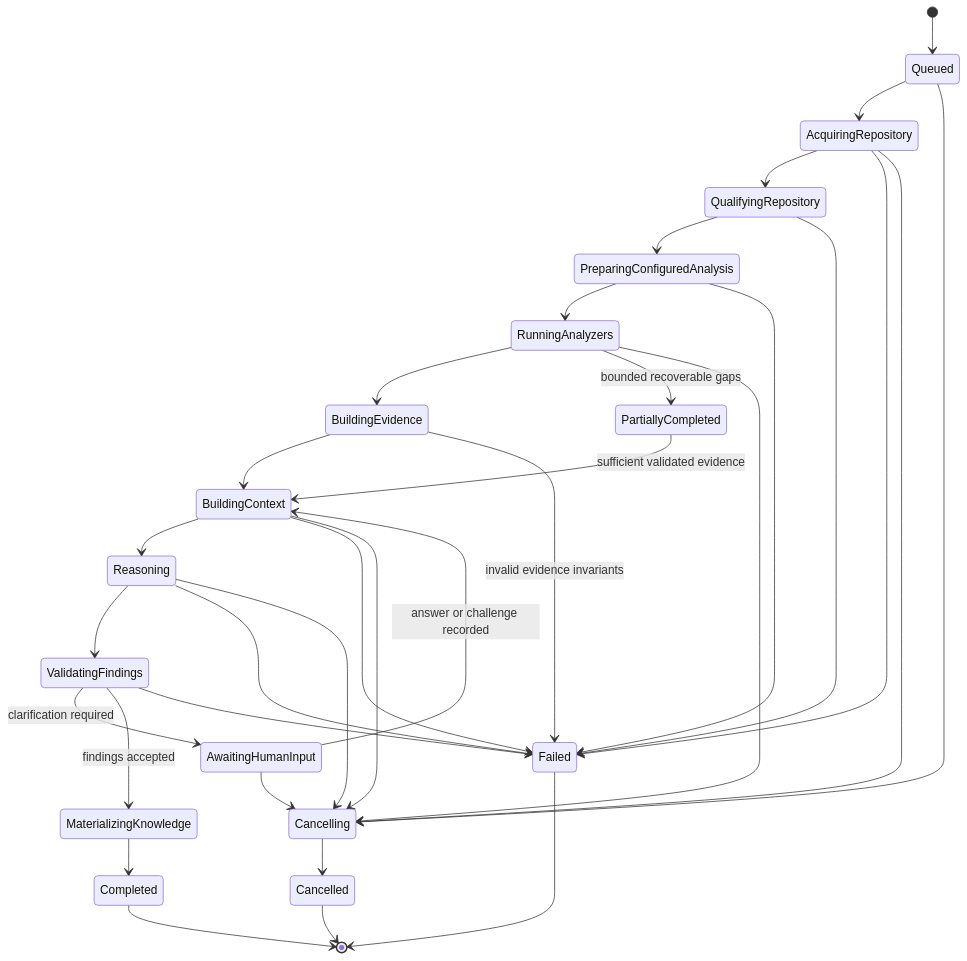
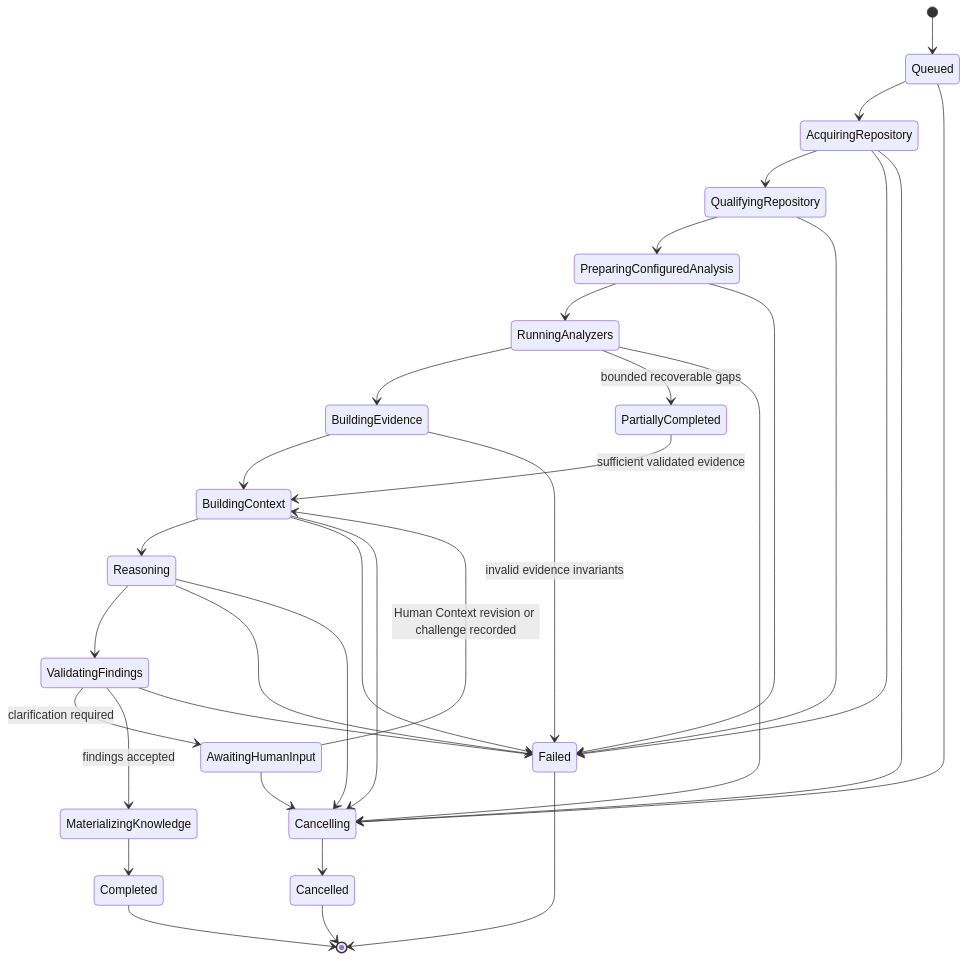
One commit to ksharik/domainLens changed the fourth of 5 diagrams in docs/architecture/04-analysis-pipeline.md. Above: the diagram before and after it, drawn with Mermaid. The commit also changed other lines of this file and 24 other files, not shown here.

````diff
--- a/docs/architecture/04-analysis-pipeline.md
+++ b/docs/architecture/04-analysis-pipeline.md
@@ -277,37 +287,37 @@
 ```mermaid
 stateDiagram-v2
     [*] --> Queued
     Queued --> AcquiringRepository
     AcquiringRepository --> QualifyingRepository
     QualifyingRepository --> PreparingConfiguredAnalysis
     PreparingConfiguredAnalysis --> RunningAnalyzers
     RunningAnalyzers --> BuildingEvidence
     BuildingEvidence --> BuildingContext
     BuildingContext --> Reasoning
     Reasoning --> ValidatingFindings
     ValidatingFindings --> AwaitingHumanInput: clarification required
-    AwaitingHumanInput --> BuildingContext: answer or challenge recorded
+    AwaitingHumanInput --> BuildingContext: Human Context revision or challenge recorded
     ValidatingFindings --> MaterializingKnowledge: findings accepted
     MaterializingKnowledge --> Completed
 
     AcquiringRepository --> Failed
     QualifyingRepository --> Failed
     PreparingConfiguredAnalysis --> Failed
     RunningAnalyzers --> PartiallyCompleted: bounded recoverable gaps
     BuildingEvidence --> Failed: invalid evidence invariants
     BuildingContext --> Failed
     Reasoning --> Failed
     ValidatingFindings --> Failed
     PartiallyCompleted --> BuildingContext: sufficient validated evidence
 
     Queued --> Cancelling
     AcquiringRepository --> Cancelling
     RunningAnalyzers --> Cancelling
     BuildingContext --> Cancelling
     Reasoning --> Cancelling
     AwaitingHumanInput --> Cancelling
     Cancelling --> Cancelled
     Completed --> [*]
     Failed --> [*]
     Cancelled --> [*]
 ```
````
